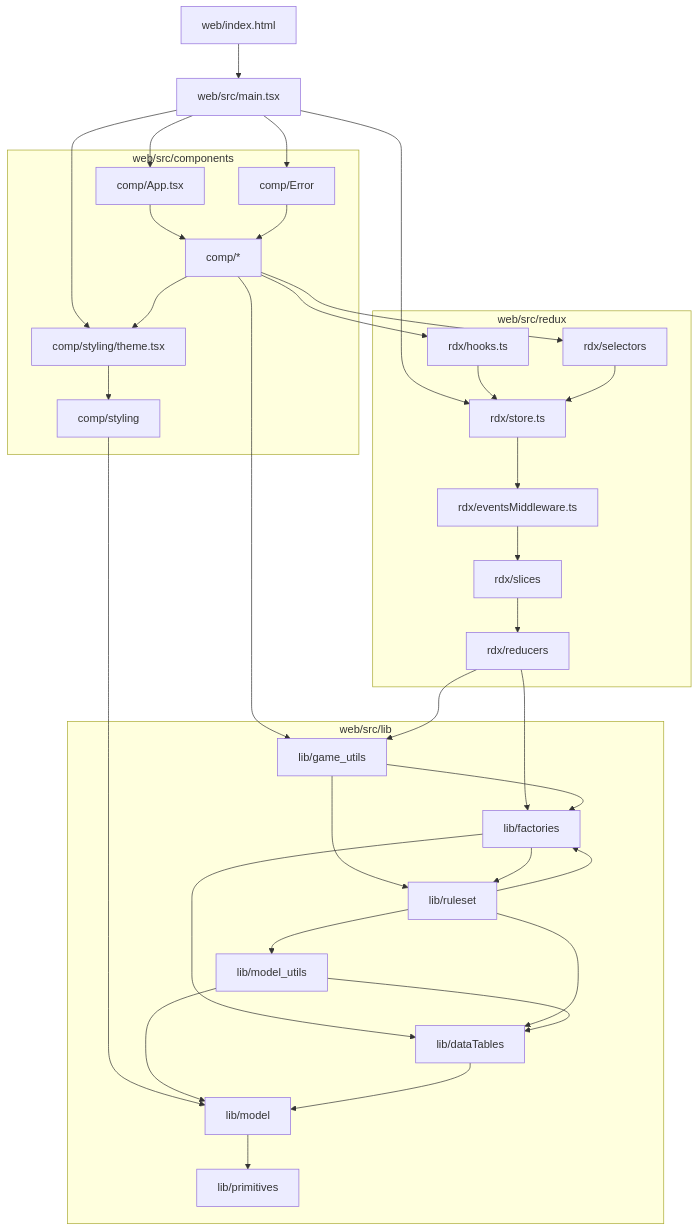
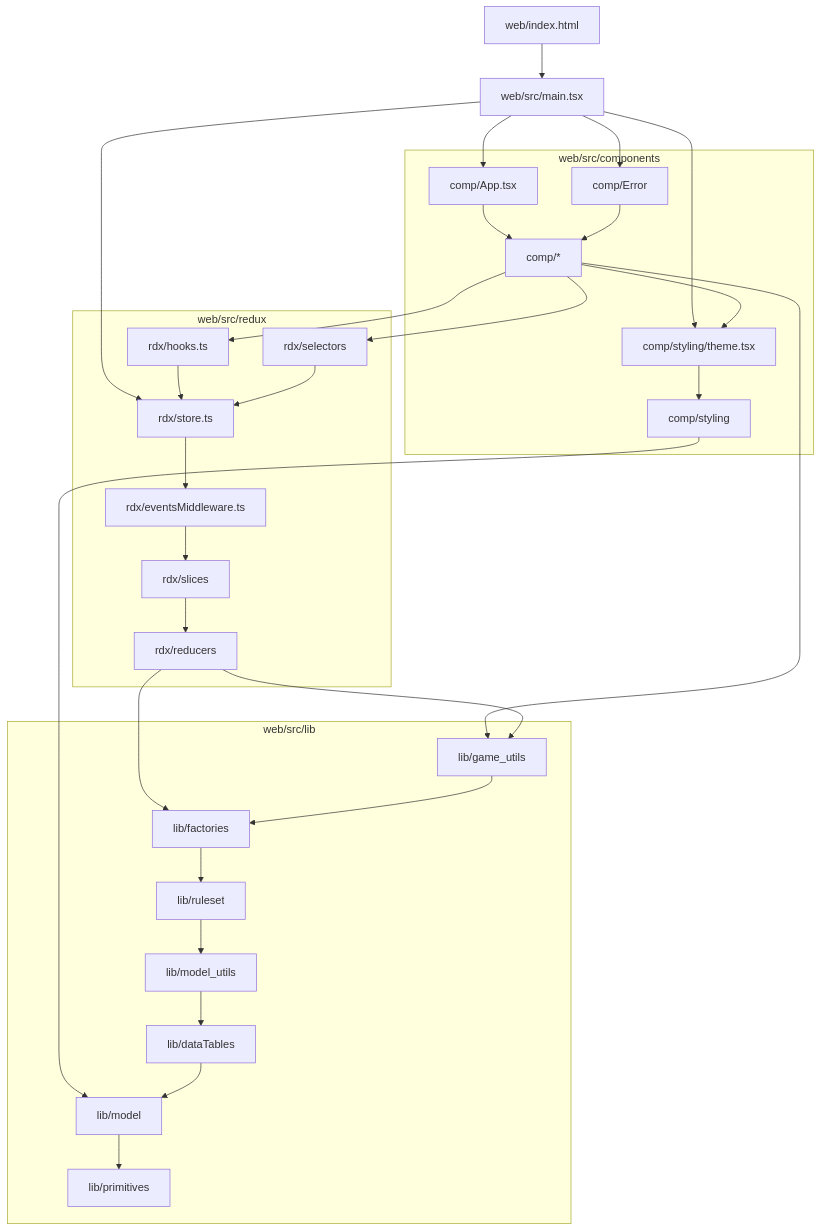
Before and after one commit to konrad-jamrozik/game-ts: the first of 3 diagrams in docs/design/about_code_dependencies.md, drawn with Mermaid. The commit also changed 24 other files, not shown here.

Commit message:
untangle cycles between lib deps: ruleset <-> factories; model_utils <-> dataTables

````diff
--- a/docs/design/about_code_dependencies.md
+++ b/docs/design/about_code_dependencies.md
@@ -47,62 +47,57 @@
 ```mermaid
 graph TD
     IndexH[web/index.html] --> MainTs[web/src/main.tsx]
 
     subgraph "web/src/components"
         CompApp[comp/App.tsx]
         CompTheme[comp/styling/theme.tsx]
         CompErr[comp/Error]
         Comp__[comp/*]
         CompSt[comp/styling]
     end
 
     subgraph "web/src/redux"
         RdxHook[rdx/hooks.ts]
         RdxStore[rdx/store.ts]
         RdxSel[rdx/selectors]
         RdxMid[rdx/eventsMiddleware.ts]
         RdxSli[rdx/slices]
         RdxRed[rdx/reducers]
     end
 
     subgraph "web/src/lib"
         LibGam[lib/game_utils]
         LibFac[lib/factories]
         LibRul[lib/ruleset]
         LibMUt[lib/model_utils]
         LibDataT[lib/dataTables]
         LibMod[lib/model]
         LibPri[lib/primitives]
     end
 
     MainTs --> CompApp
     MainTs --> CompTheme
     MainTs --> CompErr
     MainTs --> RdxStore
     CompTheme --> CompSt
     CompApp --> Comp__
     CompErr --> Comp__
     Comp__ --> RdxHook
     Comp__ --> RdxSel
     Comp__ --> CompTheme
     Comp__ --> LibGam
     CompSt --> LibMod
     RdxStore --> RdxMid
     RdxMid --> RdxSli
     RdxSli --> RdxRed
     RdxRed --> LibGam
     RdxRed --> LibFac
     RdxHook --> RdxStore
     RdxSel --> RdxStore
     LibGam --> LibFac
-    LibGam --> LibRul
-    LibFac --> LibDataT
     LibFac --> LibRul
-    LibRul --> LibFac
     LibRul --> LibMUt
-    LibRul --> LibDataT
     LibMUt --> LibDataT
-    LibMUt --> LibMod
     LibDataT --> LibMod
     LibMod --> LibPri
 ```
````
